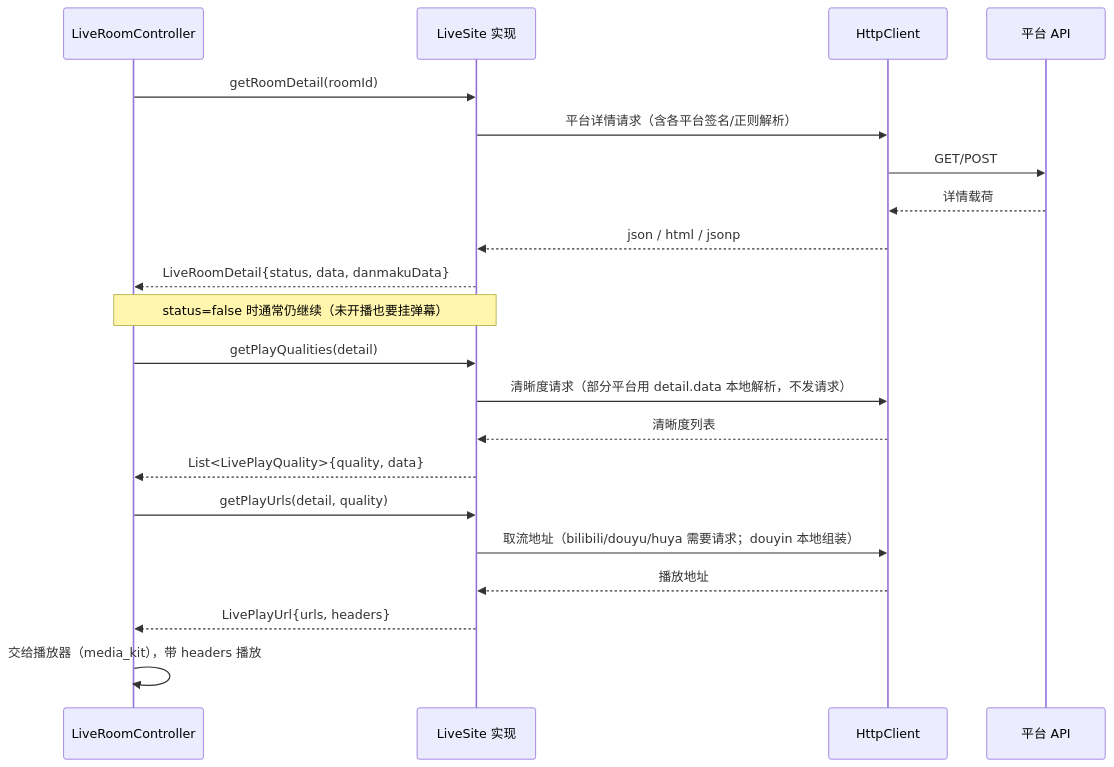
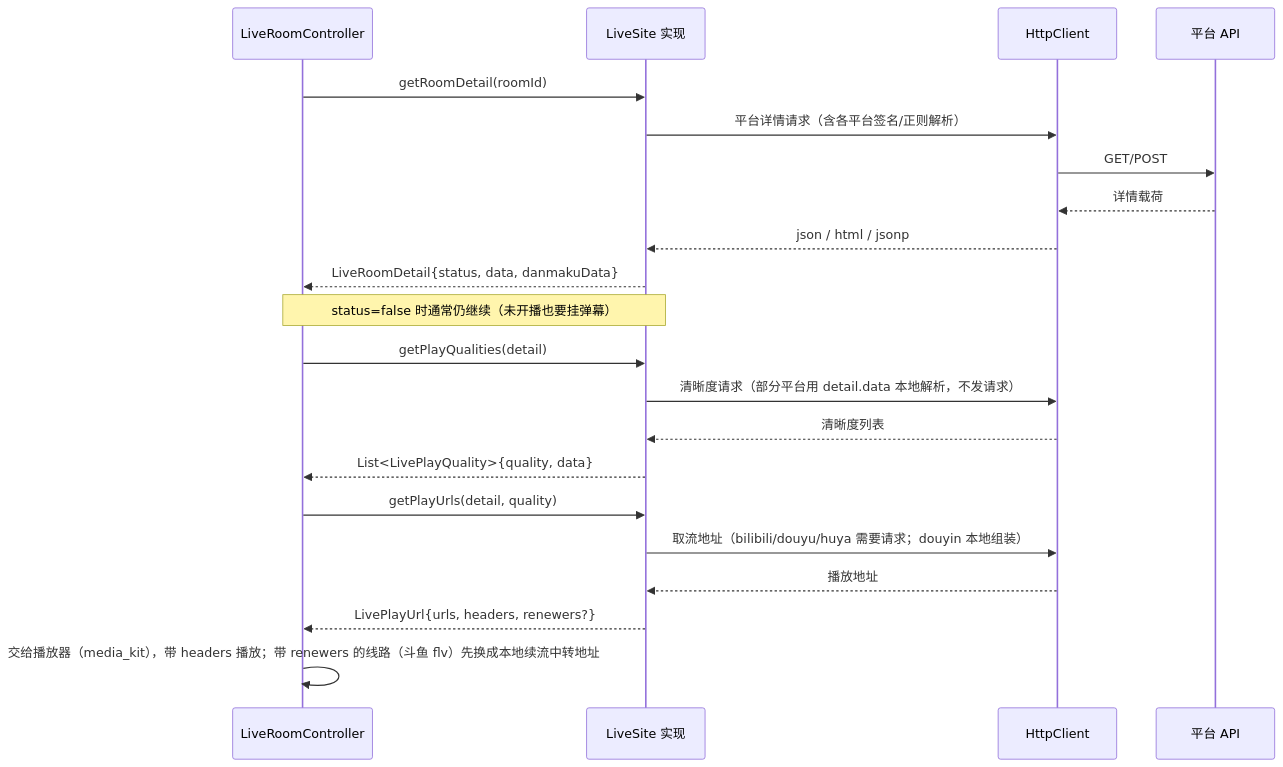
The second of 12 diagrams in simple_live_core/doc/workflow-diagram.md (gaoxing64/dart_simple_live), drawn with Mermaid before and after one commit. The commit also changed other lines of this file and 6 other files, not shown here.

````diff
--- a/simple_live_core/doc/workflow-diagram.md
+++ b/simple_live_core/doc/workflow-diagram.md
@@ -57,24 +57,24 @@
 ```mermaid
 sequenceDiagram
     participant C as LiveRoomController
     participant S as LiveSite 实现
     participant H as HttpClient
     participant A as 平台 API
 
     C->>S: getRoomDetail(roomId)
     S->>H: 平台详情请求（含各平台签名/正则解析）
     H->>A: GET/POST
     A-->>H: 详情载荷
     H-->>S: json / html / jsonp
     S-->>C: LiveRoomDetail{status, data, danmakuData}
     Note over C,S: status=false 时通常仍继续（未开播也要挂弹幕）
     C->>S: getPlayQualities(detail)
     S->>H: 清晰度请求（部分平台用 detail.data 本地解析，不发请求）
     H-->>S: 清晰度列表
     S-->>C: List<LivePlayQuality>{quality, data}
     C->>S: getPlayUrls(detail, quality)
     S->>H: 取流地址（bilibili/douyu/huya 需要请求；douyin 本地组装）
     H-->>S: 播放地址
-    S-->>C: LivePlayUrl{urls, headers}
-    C->>C: 交给播放器（media_kit），带 headers 播放
+    S-->>C: LivePlayUrl{urls, headers, renewers?}
+    C->>C: 交给播放器（media_kit），带 headers 播放；带 renewers 的线路（斗鱼 flv）先换成本地续流中转地址
 ```
````
